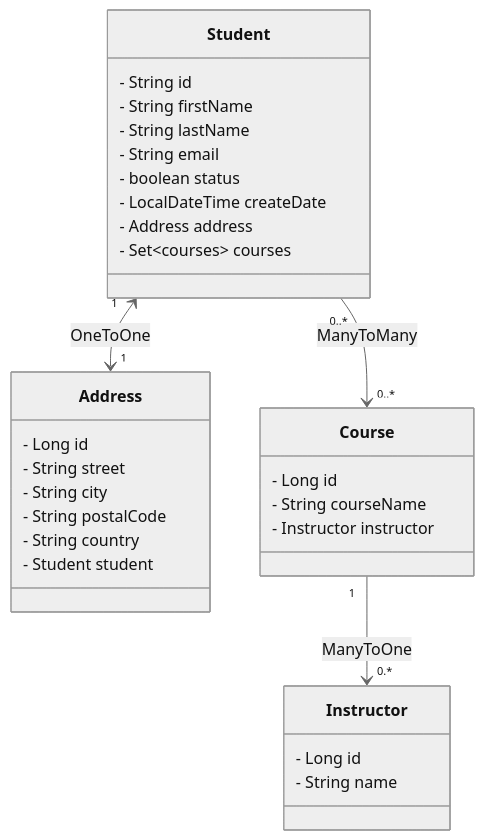
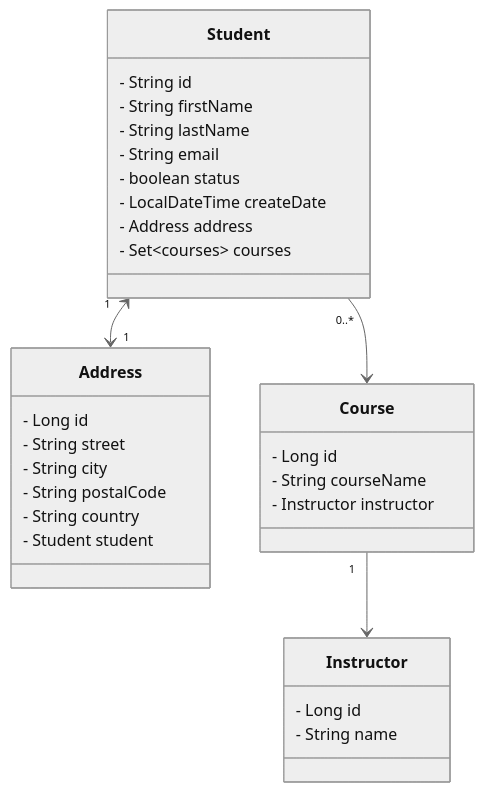
The diagram in Class Diagram - Mermaid.md (SimonElbrink/G56-Lecture-Spring-Boot-JPA), drawn with Mermaid (neutral theme) before and after one commit. The commit also changed 1 other file, not shown here.

Commit message:
Add Entity Relationship Diagram and update Class Diagram relationships

`````diff
--- a/Class Diagram - Mermaid.md
+++ b/Class Diagram - Mermaid.md
@@ -1,39 +1,39 @@
 ````mermaid
 classDiagram
     class Student {
         - String id
         - String firstName
         - String lastName
         - String email
         - boolean status
         - LocalDateTime createDate
         - Address address
         - Set~courses~ courses
     }
     
     class Address{
         - Long id
         - String street
         - String city
         - String postalCode
         - String country
         - Student student
     }
 
     class Course {
         - Long id
         - String courseName
         - Instructor instructor
     }
 
     class Instructor {
         - Long id
         - String name
     }
-    
-    Student "1" <--> "1" Address: OneToOne
-    Course "1" --> "0.*" Instructor : ManyToOne
-    Student "0..*" --> "0..*" Course : ManyToMany
+%% Relationships
+    Student "1" <--> "1" Address
+    Course "1" -->  Instructor
+    Student "0..*" --> Course
     
 
 ````
`````
